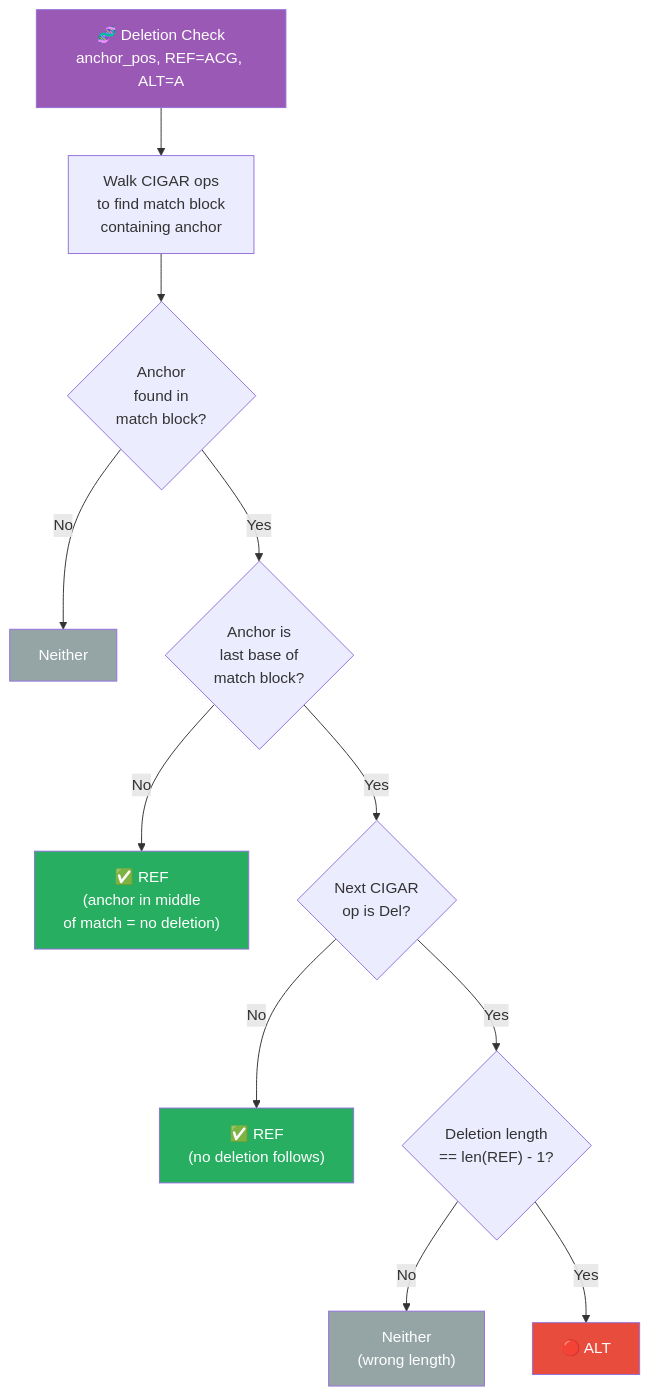
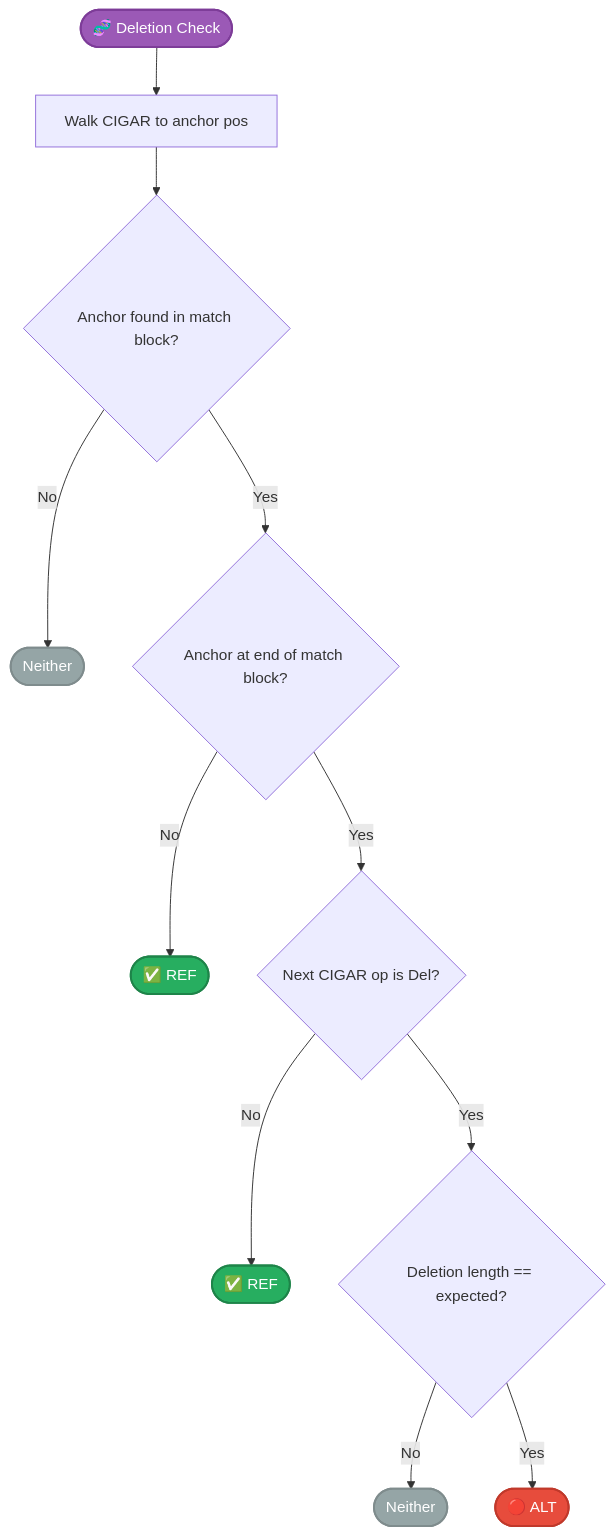
The fifth of 10 diagrams in docs/reference/variant-counting.md (msk-access/py-gbcms), drawn with Mermaid before and after one commit. The commit also changed other lines of this file and 2 other files, not shown here.

````diff
--- a/docs/reference/variant-counting.md
+++ b/docs/reference/variant-counting.md
@@ -214,20 +233,18 @@
 ```mermaid
 flowchart TD
-    Start["🧬 Deletion Check\nanchor_pos, REF=ACG, ALT=A"] --> Walk["Walk CIGAR ops\nto find match block\ncontaining anchor"]
-    Walk --> Found{"Anchor\nfound in\nmatch block?"}
-    Found -->|No| Neither["Neither"]
-    Found -->|Yes| AtEnd{"Anchor is\nlast base of\nmatch block?"}
-    AtEnd -->|No| Ref["✅ REF\n(anchor in middle\nof match = no deletion)"]
-    AtEnd -->|Yes| NextOp{"Next CIGAR\nop is Del?"}
-    NextOp -->|No| Ref2["✅ REF\n(no deletion follows)"]
-    NextOp -->|Yes| LenCheck{"Deletion length\n== len(REF) - 1?"}
-    LenCheck -->|No| Neither2["Neither\n(wrong length)"]
-    LenCheck -->|Yes| Alt["🔴 ALT"]
+    Start([🧬 Deletion Check]):::start --> Walk[Walk CIGAR to anchor pos]
+    Walk --> Found{Anchor found in match block?}
+    Found -->|No| Neither1([Neither]):::neither
+    Found -->|Yes| AtEnd{Anchor at end of match block?}
+    AtEnd -->|No| Ref1([✅ REF]):::ref
+    AtEnd -->|Yes| NextOp{Next CIGAR op is Del?}
+    NextOp -->|No| Ref2([✅ REF]):::ref
+    NextOp -->|Yes| LenCheck{Deletion length == expected?}
+    LenCheck -->|No| Neither2([Neither]):::neither
+    LenCheck -->|Yes| Alt([🔴 ALT]):::alt
 
-    style Start fill:#9b59b6,color:#fff
-    style Ref fill:#27ae60,color:#fff
-    style Ref2 fill:#27ae60,color:#fff
-    style Alt fill:#e74c3c,color:#fff
-    style Neither fill:#95a5a6,color:#fff
-    style Neither2 fill:#95a5a6,color:#fff
+    classDef start fill:#9b59b6,color:#fff,stroke:#7d3c98,stroke-width:2px;
+    classDef ref fill:#27ae60,color:#fff,stroke:#1e8449,stroke-width:2px;
+    classDef alt fill:#e74c3c,color:#fff,stroke:#c0392b,stroke-width:2px;
+    classDef neither fill:#95a5a6,color:#fff,stroke:#7f8c8d,stroke-width:2px;
 ```
````
